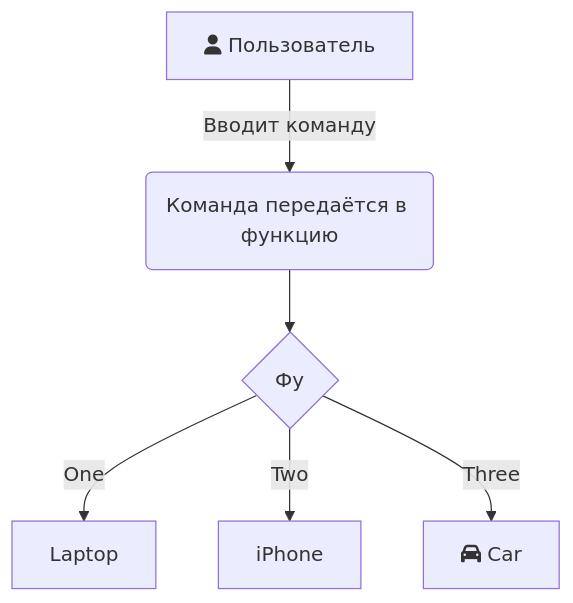
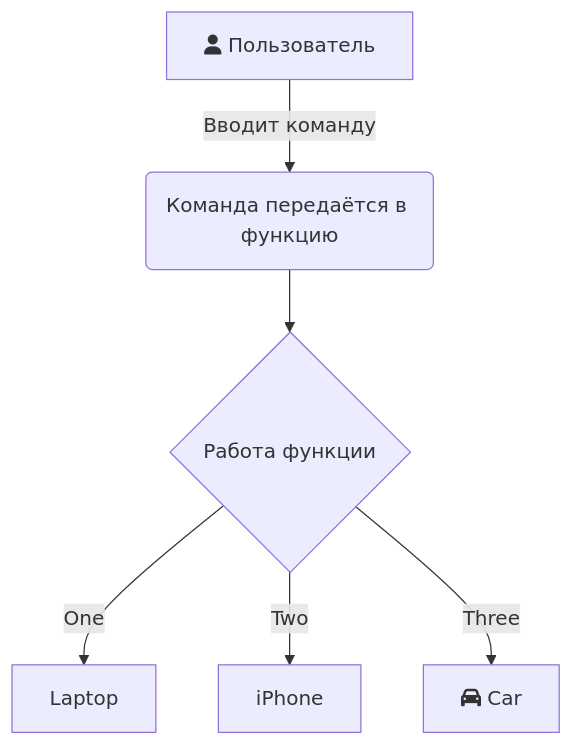
One commit to obsmotpk/iodraw-files changed the diagram in all/не называться.md. Above: the diagram before and after it, drawn with Mermaid.

Commit message:
2024-12-10 19:17:32 update

````diff
--- a/all/не называться.md
+++ b/all/не называться.md
@@ -1,8 +1,8 @@
 ```mermaid
 graph TD
     A[fa:fa-user Пользователь] -->|Вводит команду| B(Команда передаётся в функцию)
-    B --> C{Фу}
+    B --> C{Работа функции}
     C -->|One| D[Laptop]
     C -->|Two| E[iPhone]
     C -->|Three| F[fa:fa-car Car]
 ```
````
